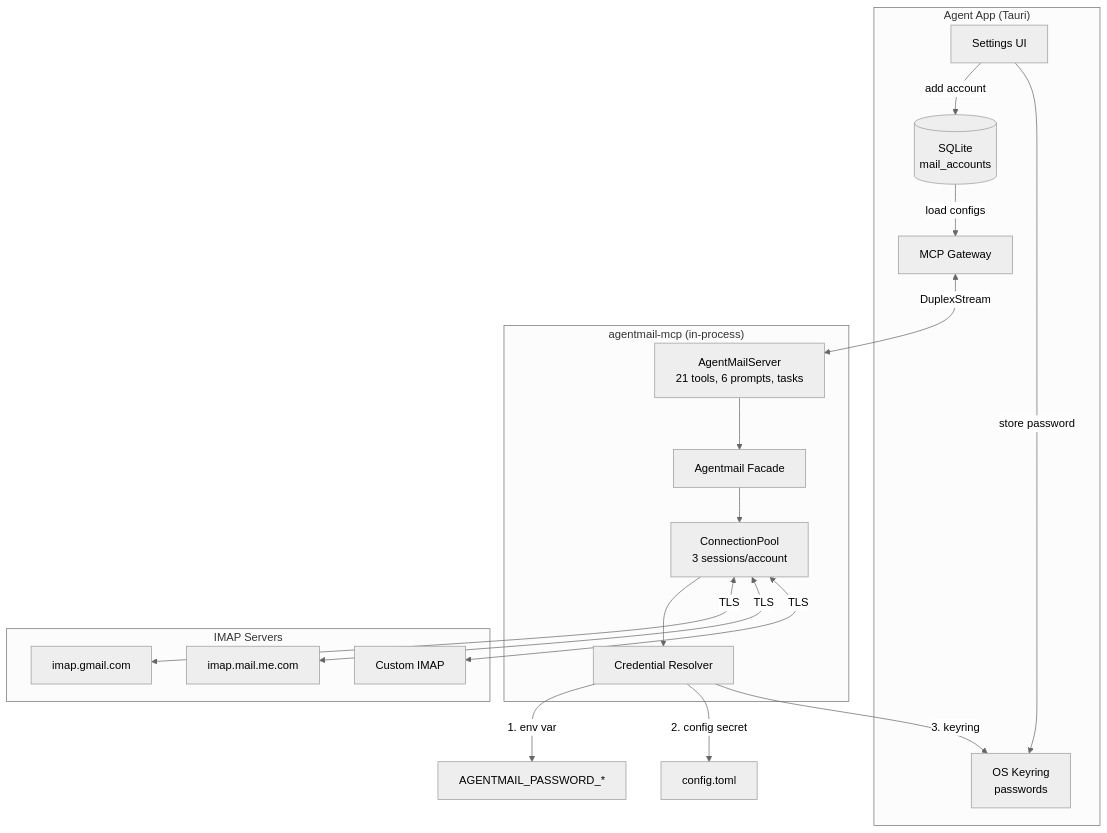
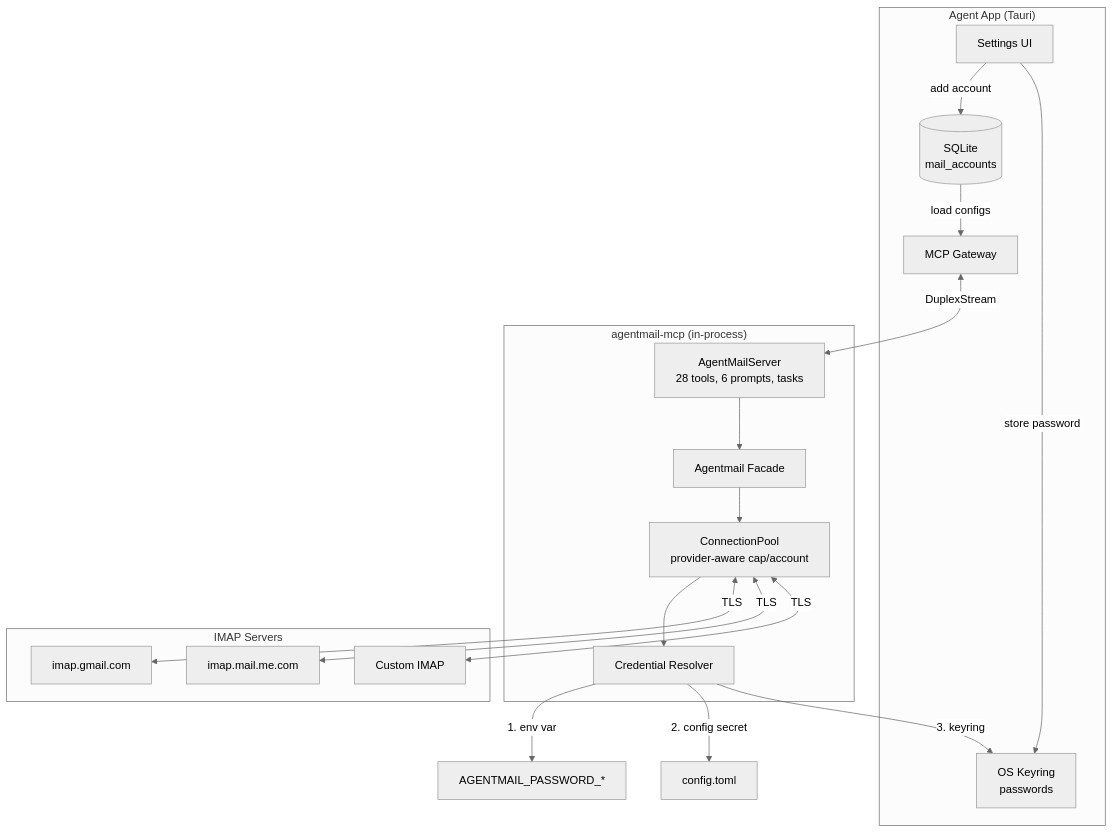
The first of 4 diagrams in DESIGN.md (Weekendsuperhero-io/agentmail), drawn with Mermaid (neutral theme) before and after one commit. The commit also changed other lines of this file and 39 other files, not shown here.

````diff
--- a/DESIGN.md
+++ b/DESIGN.md
@@ -13,36 +13,36 @@
 ```mermaid
 graph TB
     subgraph "Agent App (Tauri)"
         UI[Settings UI]
         DB[(SQLite<br/>mail_accounts)]
         KR[OS Keyring<br/>passwords]
         GW[MCP Gateway]
     end
 
     subgraph "agentmail-mcp (in-process)"
-        MCP[AgentMailServer<br/>21 tools, 6 prompts, tasks]
+        MCP[AgentMailServer<br/>28 tools, 6 prompts, tasks]
         MK[Agentmail Facade]
-        POOL[ConnectionPool<br/>3 sessions/account]
+        POOL[ConnectionPool<br/>provider-aware cap/account]
         CRED[Credential Resolver]
     end
 
     subgraph "IMAP Servers"
         GMAIL[imap.gmail.com]
         ICLOUD[imap.mail.me.com]
         CUSTOM[Custom IMAP]
     end
 
     UI -->|add account| DB
     UI -->|store password| KR
     DB -->|load configs| GW
     GW <-->|DuplexStream| MCP
     MCP --> MK
     MK --> POOL
     POOL --> CRED
     CRED -->|1. env var| ENV[AGENTMAIL_PASSWORD_*]
     CRED -->|2. config secret| CFG[config.toml]
     CRED -->|3. keyring| KR
     POOL <-->|TLS| GMAIL
     POOL <-->|TLS| ICLOUD
     POOL <-->|TLS| CUSTOM
 ```
````
